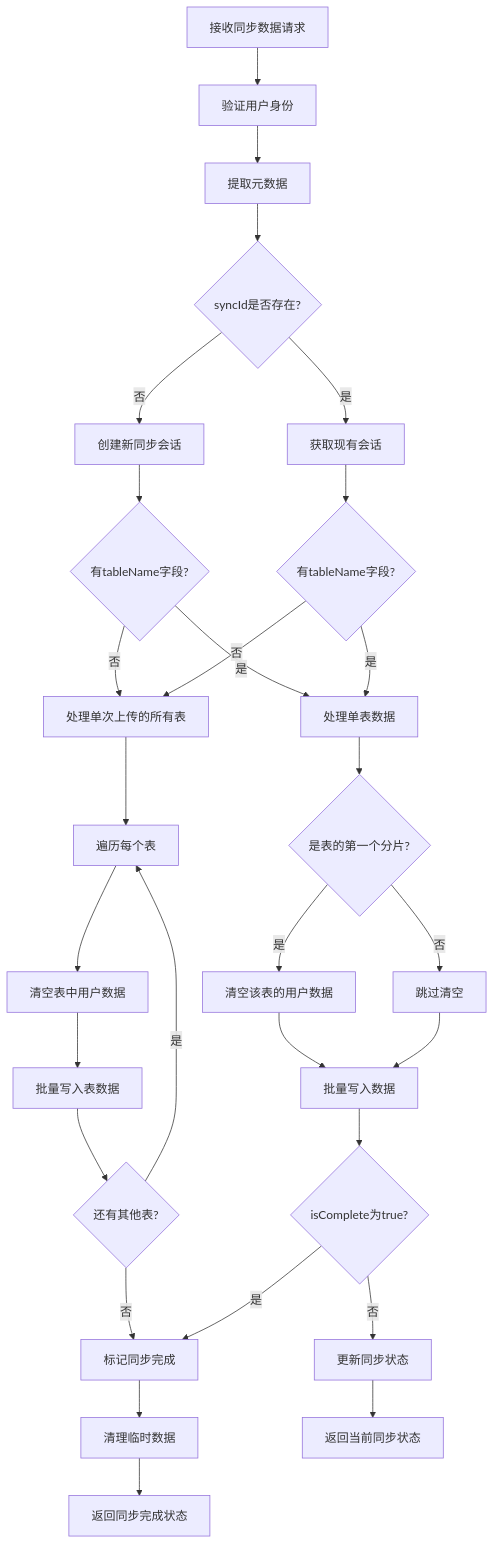
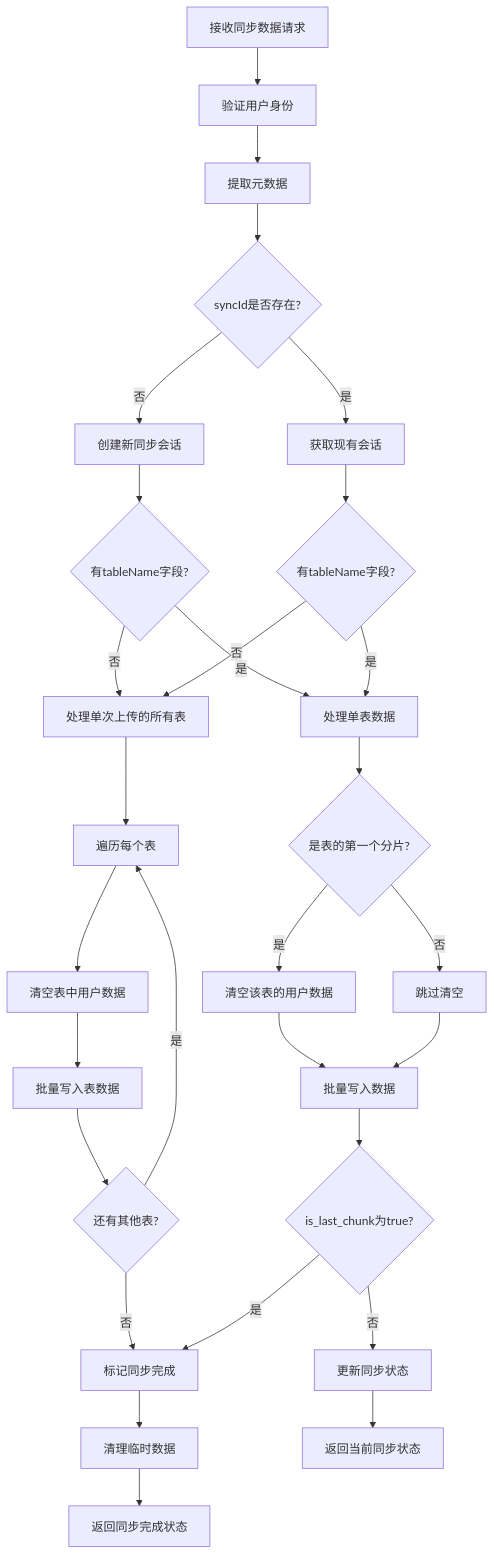
One commit to yingjianzh/iodraw-files changed the diagram in all/未命名-62.md. Above: the diagram before and after it, drawn with Mermaid.

Commit message:
2025-05-16 14:43:52 update

````diff
--- a/all/未命名-62.md
+++ b/all/未命名-62.md
@@ -1,43 +1,43 @@
 ```mermaid
 
 flowchart TD
     A[接收同步数据请求] --> B[验证用户身份]
     B --> C[提取元数据]
     C --> D{syncId是否存在?}
     
     %% 新同步会话
     D -->|否| E[创建新同步会话]
     E --> F{有tableName字段?}
     
     %% 小数据量处理
     F -->|否| G[处理单次上传的所有表]
     G --> H[遍历每个表]
     H --> I[清空表中用户数据]
     I --> J[批量写入表数据]
     J --> K{还有其他表?}
     K -->|是| H
     K -->|否| L[标记同步完成]
     
     %% 分表上传处理
     F -->|是| M[处理单表数据]
     M --> N{是表的第一个分片?}
     N -->|是| O[清空该表的用户数据]
     N -->|否| P[跳过清空]
     O --> Q[批量写入数据]
     P --> Q
     
     %% 现有同步会话
     D -->|是| R[获取现有会话]
     R --> S{有tableName字段?}
     S -->|是| M
     S -->|否| G
     
     %% 后续处理
-    Q --> T{isComplete为true?}
+    Q --> T{is_last_chunk为true?}
     T -->|是| L
     T -->|否| U[更新同步状态]
     L --> V[清理临时数据]
     V --> W[返回同步完成状态]
     U --> X[返回当前同步状态]
 
 ```
````
